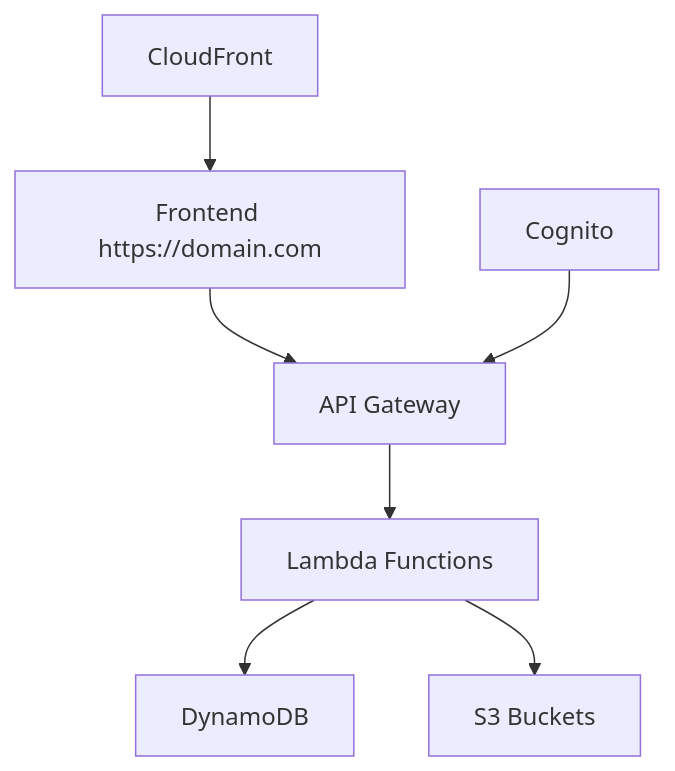
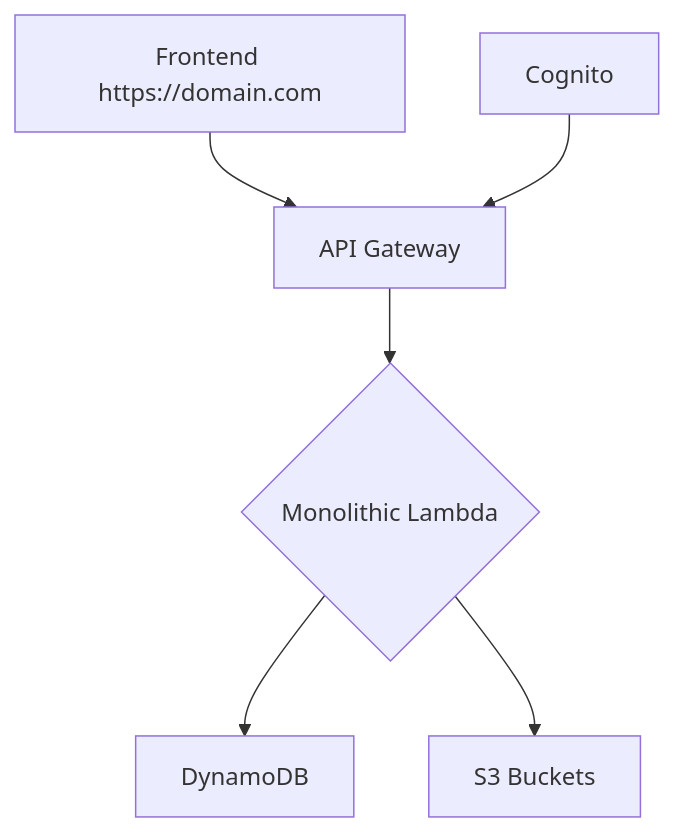
The third of 3 diagrams in Documents/construction.md (AkumaBlazeX/bolt-achomate), drawn with Mermaid before and after one commit. The commit also changed other lines of this file, not shown here.

````diff
--- a/Documents/construction.md
+++ b/Documents/construction.md
@@ -168,9 +117,8 @@
 ```mermaid
 graph TD
     A[Frontend https://domain.com] --> B[API Gateway]
-    B --> C[Lambda Functions]
+    B --> C{Monolithic Lambda}
     C --> D[DynamoDB]
     C --> E[S3 Buckets]
     F[Cognito] --> B
-    G[CloudFront] --> A
 ```
````
